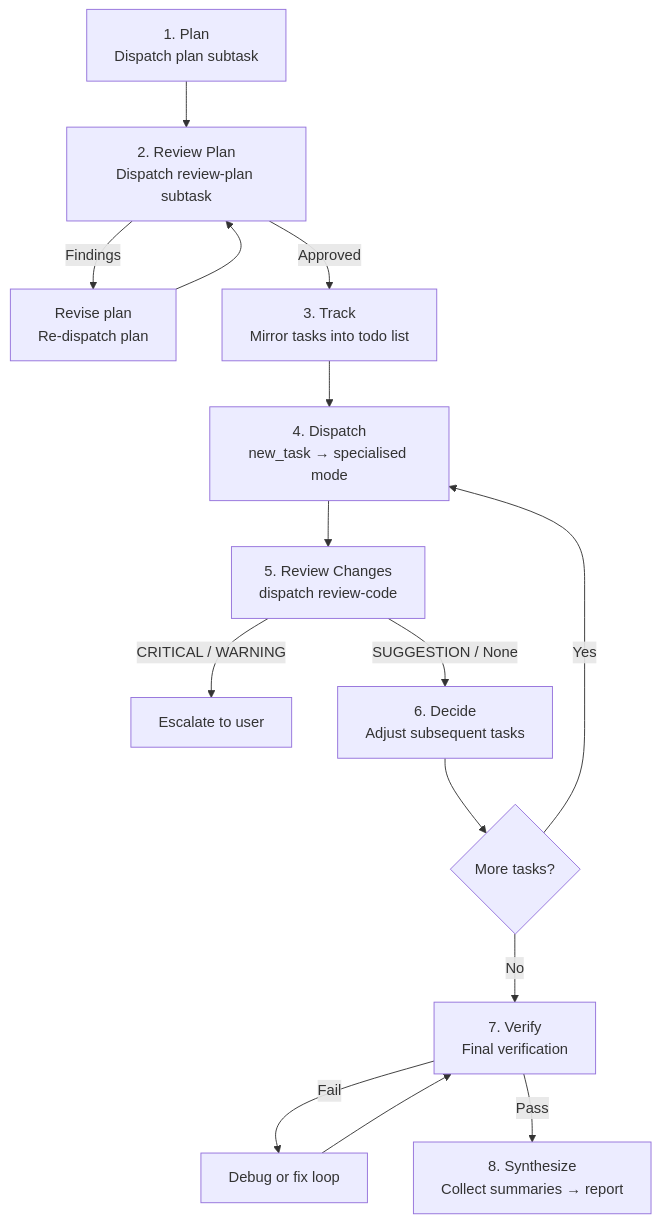
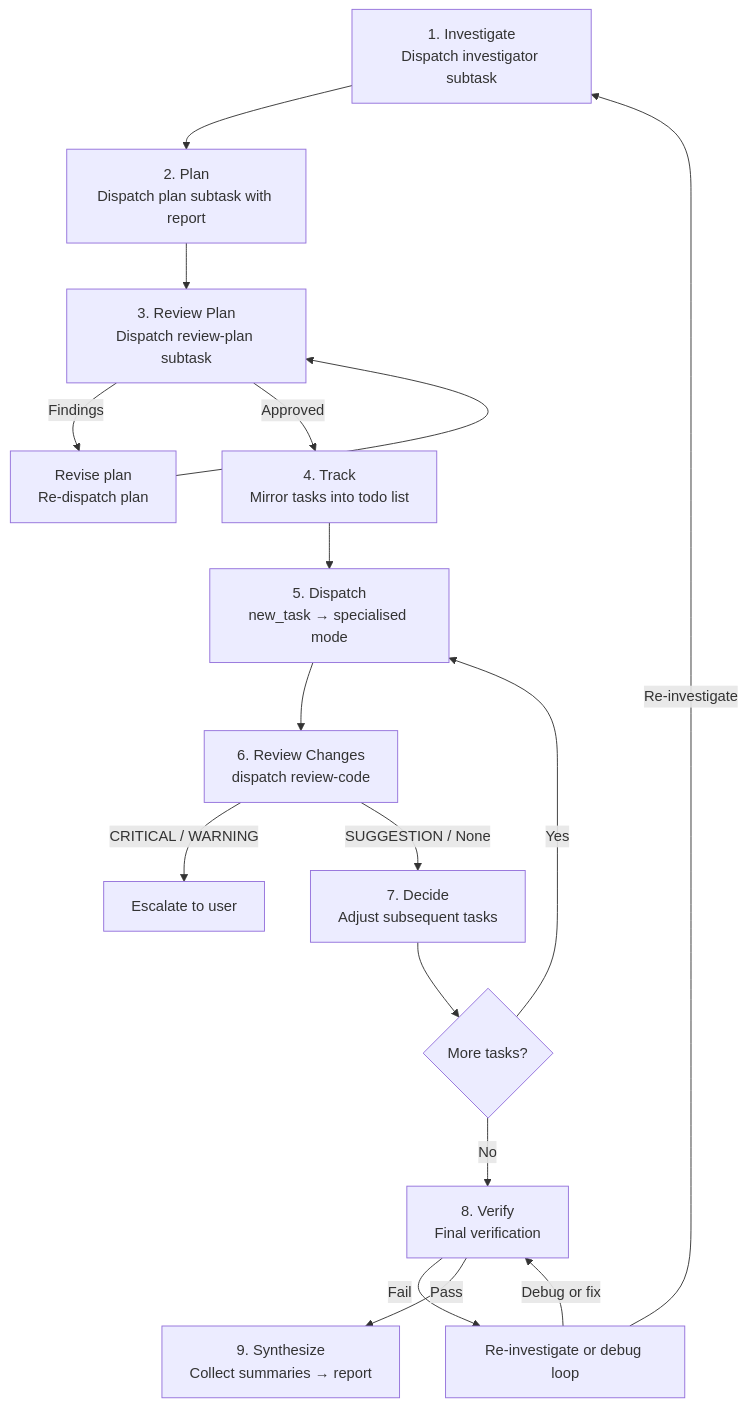
One commit to gelse/AI-snippets changed the diagram in README.md. Above: the diagram before and after it, drawn with Mermaid. The commit also changed other lines of this file, not shown here.

Commit message:
Update README for 9-step orchestrator workflow with investigator

````diff
--- a/README.md
+++ b/README.md
@@ -27,17 +27,19 @@
 ```mermaid
 flowchart TD
-    A["1. Plan\nDispatch plan subtask"] --> B["2. Review Plan\nDispatch review-plan subtask"]
-    B -->|Findings| C["Revise plan\nRe-dispatch plan"]
-    C --> B
-    B -->|Approved| D["3. Track\nMirror tasks into todo list"]
-    D --> E["4. Dispatch\nnew_task → specialised mode"]
-    E --> F["5. Review Changes\ndispatch review-code"]
-    F -->|CRITICAL / WARNING| G["Escalate to user"]
-    F -->|SUGGESTION / None| H["6. Decide\nAdjust subsequent tasks"]
-    H --> I{"More tasks?"}
-    I -->|Yes| E
-    I -->|No| J["7. Verify\nFinal verification"]
-    J -->|Fail| K["Debug or fix loop"]
-    K --> J
-    J -->|Pass| L["8. Synthesize\nCollect summaries → report"]
+    A["1. Investigate\nDispatch investigator subtask"] --> B["2. Plan\nDispatch plan subtask with report"]
+    B --> C["3. Review Plan\nDispatch review-plan subtask"]
+    C -->|Findings| D["Revise plan\nRe-dispatch plan"]
+    D --> C
+    C -->|Approved| E["4. Track\nMirror tasks into todo list"]
+    E --> F["5. Dispatch\nnew_task → specialised mode"]
+    F --> G["6. Review Changes\ndispatch review-code"]
+    G -->|CRITICAL / WARNING| H["Escalate to user"]
+    G -->|SUGGESTION / None| I["7. Decide\nAdjust subsequent tasks"]
+    I --> J{"More tasks?"}
+    J -->|Yes| F
+    J -->|No| K["8. Verify\nFinal verification"]
+    K -->|Fail| L["Re-investigate or debug loop"]
+    L -->|Re-investigate| A
+    L -->|Debug or fix| K
+    K -->|Pass| M["9. Synthesize\nCollect summaries → report"]
 ```
````
